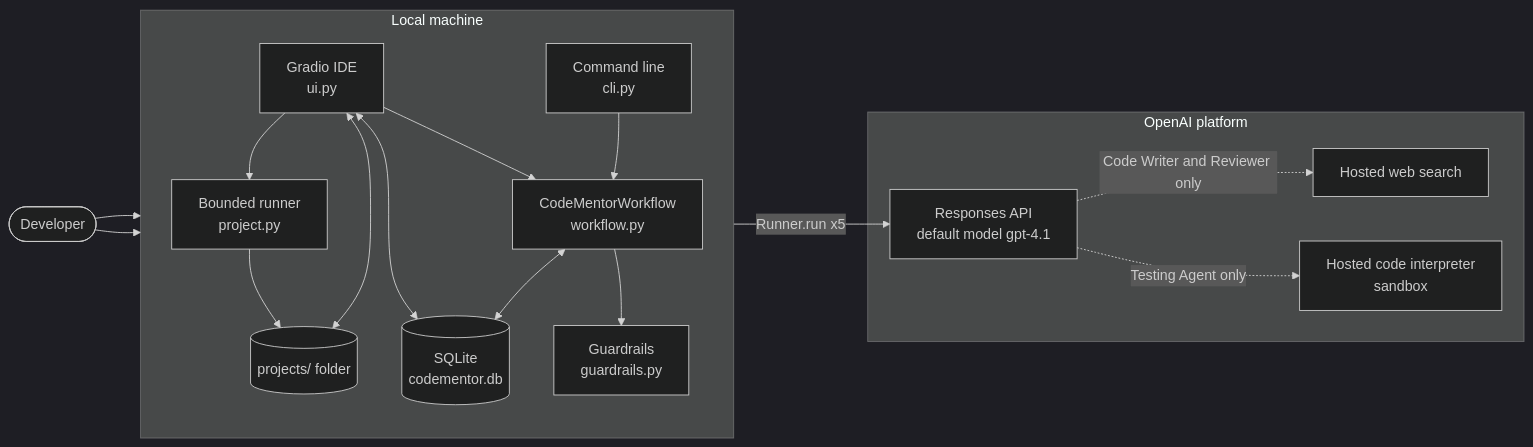
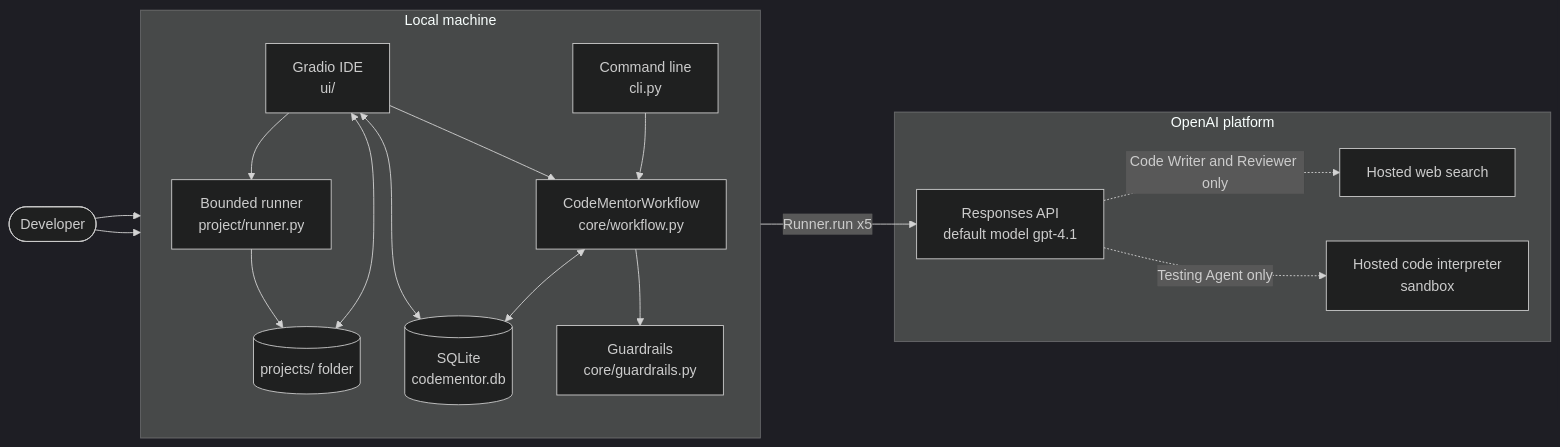
One commit to DawitFsaha/CodeMentor-AI-Agent changed the first of 5 diagrams in documentation/ARCHITECTURE.md. Above: the diagram before and after it, drawn with Mermaid (dark theme). The commit also changed other lines of this file and 42 other files, not shown here.

````diff
--- a/documentation/ARCHITECTURE.md
+++ b/documentation/ARCHITECTURE.md
@@ -29,35 +29,35 @@
 ```mermaid
 flowchart LR
     User([Developer])
 
     subgraph Local["Local machine"]
         direction TB
-        UI["Gradio IDE<br/>ui.py"]
+        UI["Gradio IDE<br/>ui/"]
         CLI["Command line<br/>cli.py"]
-        WF["CodeMentorWorkflow<br/>workflow.py"]
-        GR["Guardrails<br/>guardrails.py"]
+        WF["CodeMentorWorkflow<br/>core/workflow.py"]
+        GR["Guardrails<br/>core/guardrails.py"]
         MEM[("SQLite<br/>codementor.db")]
         WS[("projects/ folder")]
-        RUN["Bounded runner<br/>project.py"]
+        RUN["Bounded runner<br/>project/runner.py"]
     end
 
     subgraph OpenAI["OpenAI platform"]
         LLM["Responses API<br/>default model gpt-4.1"]
         WEB["Hosted web search"]
         CI["Hosted code interpreter<br/>sandbox"]
     end
 
     User --> UI
     User --> CLI
     UI --> WF
     CLI --> WF
     WF --> GR
     WF <--> MEM
     UI <--> MEM
     UI <--> WS
     UI --> RUN
     RUN --> WS
     WF -- "Runner.run x5" --> LLM
     LLM -. "Code Writer and Reviewer only" .-> WEB
     LLM -. "Testing Agent only" .-> CI
 ```
````
